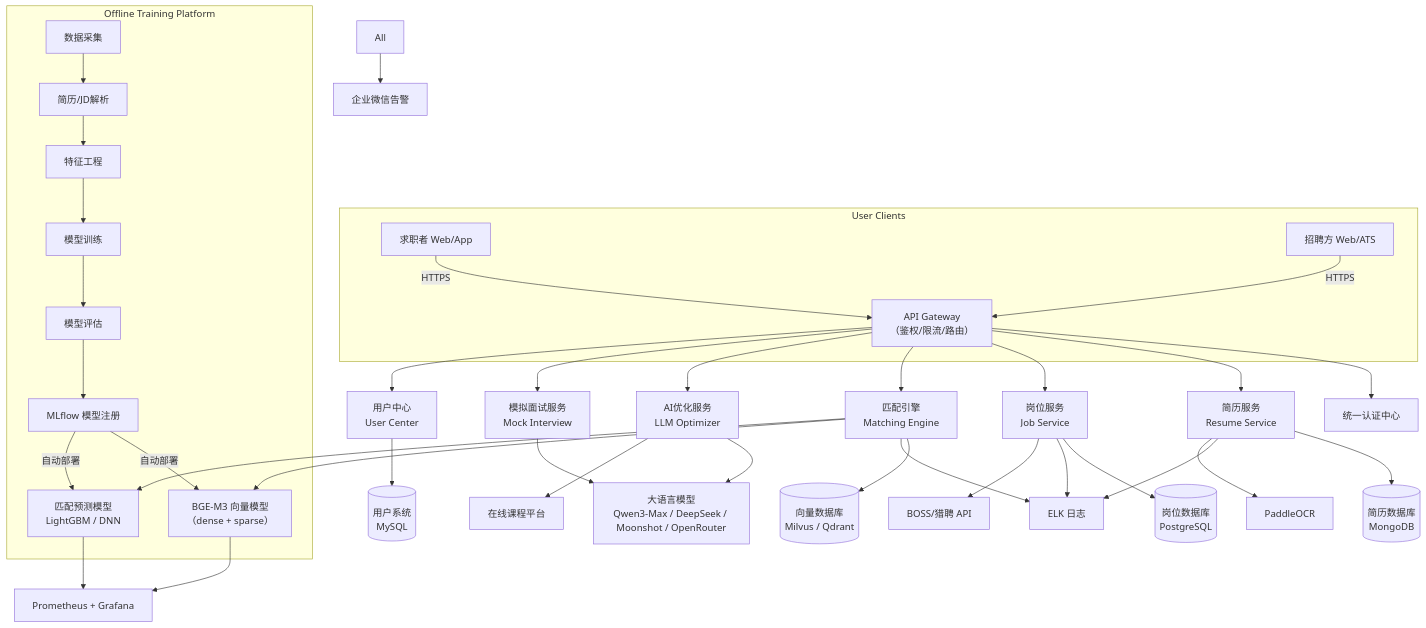
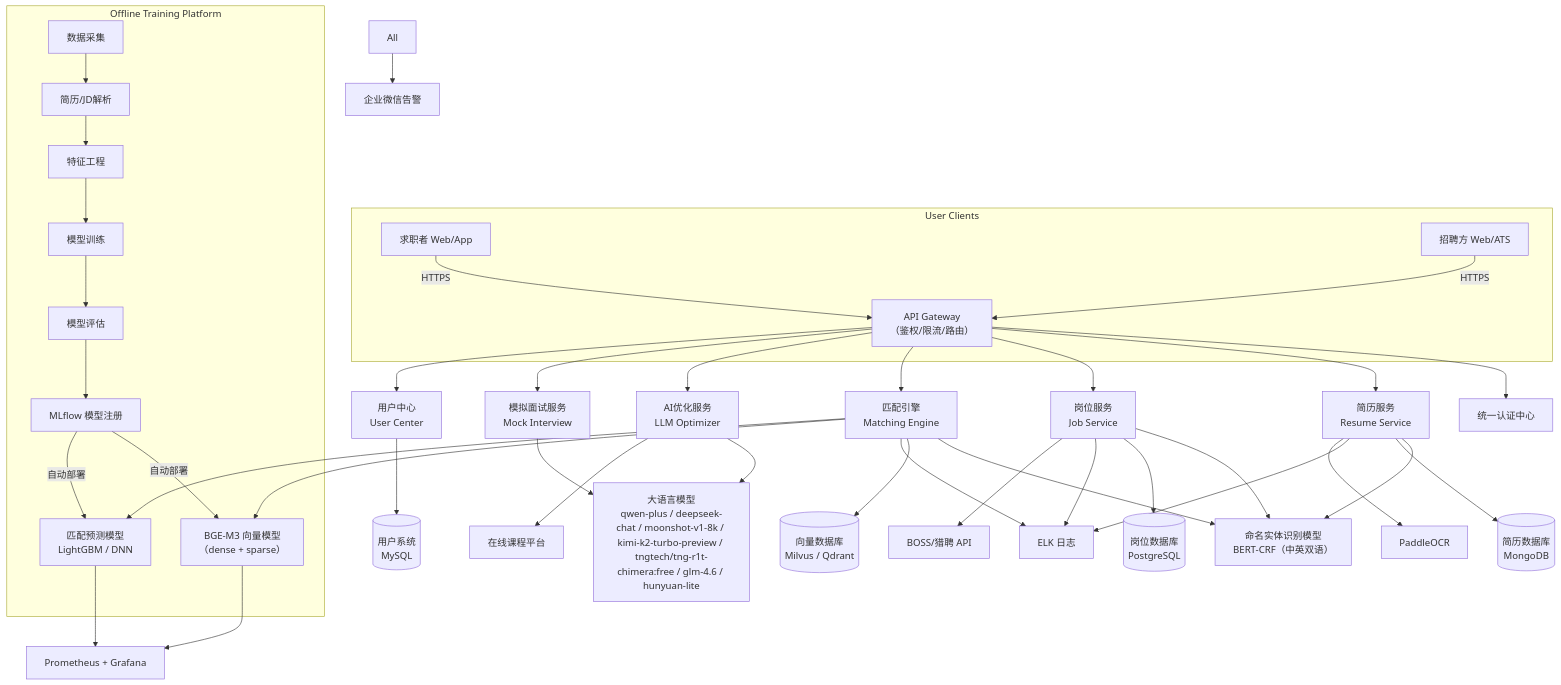
The second of 3 diagrams in docs/架构设计.md (xyrlix/resume_screening_system), drawn with Mermaid before and after one commit. The commit also changed other lines of this file and 15 other files, not shown here.

````diff
--- a/docs/架构设计.md
+++ b/docs/架构设计.md
@@ -61,50 +61,51 @@
 ```mermaid
 graph TD
 %% ========== 用户端 ==========
 subgraph User Clients
   J[求职者 Web/App] -->|HTTPS| API_GW
   R[招聘方 Web/ATS] -->|HTTPS| API_GW
 end
 
 %% ========== API 网关 ==========
 API_GW[API Gateway<br/>（鉴权/限流/路由）] --> Auth[统一认证中心]
 
 %% ========== 核心微服务 ==========
 API_GW --> S1[简历服务<br/>Resume Service]
 API_GW --> S2[岗位服务<br/>Job Service]
 API_GW --> S3[匹配引擎<br/>Matching Engine]
 API_GW --> S4[AI优化服务<br/>LLM Optimizer]
 API_GW --> S5[模拟面试服务<br/>Mock Interview]
 API_GW --> S6[用户中心<br/>User Center]
 
 %% ========== AI 模型层 ==========
 S3 --> M1[BGE-M3 向量模型<br/>（dense + sparse）]
-S4 & S5 --> M2[大语言模型<br/>Qwen3-Max / DeepSeek / Moonshot / OpenRouter]
+S4 & S5 --> M2[大语言模型<br/>qwen-plus / deepseek-chat / moonshot-v1-8k / kimi-k2-turbo-preview / tngtech/tng-r1t-chimera:free / glm-4.6 / hunyuan-lite]
 S3 --> M3[匹配预测模型<br/>LightGBM / DNN]
+S1 & S2 & S3 --> M4[命名实体识别模型<br/>BERT-CRF（中英双语）]
 
 %% ========== 数据层 ==========
 S1 --> DB1[(简历数据库<br/>MongoDB)]
 S2 --> DB2[(岗位数据库<br/>PostgreSQL)]
 S3 --> DB3[(向量数据库<br/>Milvus / Qdrant)]
 S6 --> DB4[(用户系统<br/>MySQL)]
 
 %% ========== 离线训练平台 ==========
 subgraph Offline Training Platform
   T1[数据采集] --> T2[简历/JD解析]
   T2 --> T3[特征工程]
   T3 --> T4[模型训练]
   T4 --> T5[模型评估]
   T5 --> T6[MLflow 模型注册]
   T6 -->|自动部署| M1 & M3
 end
 
 %% ========== 监控与运维 ==========
 M1 & M3 --> MON[Prometheus + Grafana]
 S1 & S2 & S3 --> LOG[ELK 日志]
 All --> ALERT[企业微信告警]
 
 %% ========== 第三方集成 ==========
 S1 --> OCR[PaddleOCR]
 S2 --> ATS[BOSS/猎聘 API]
 S4 --> Edu[在线课程平台]
 ```
````
